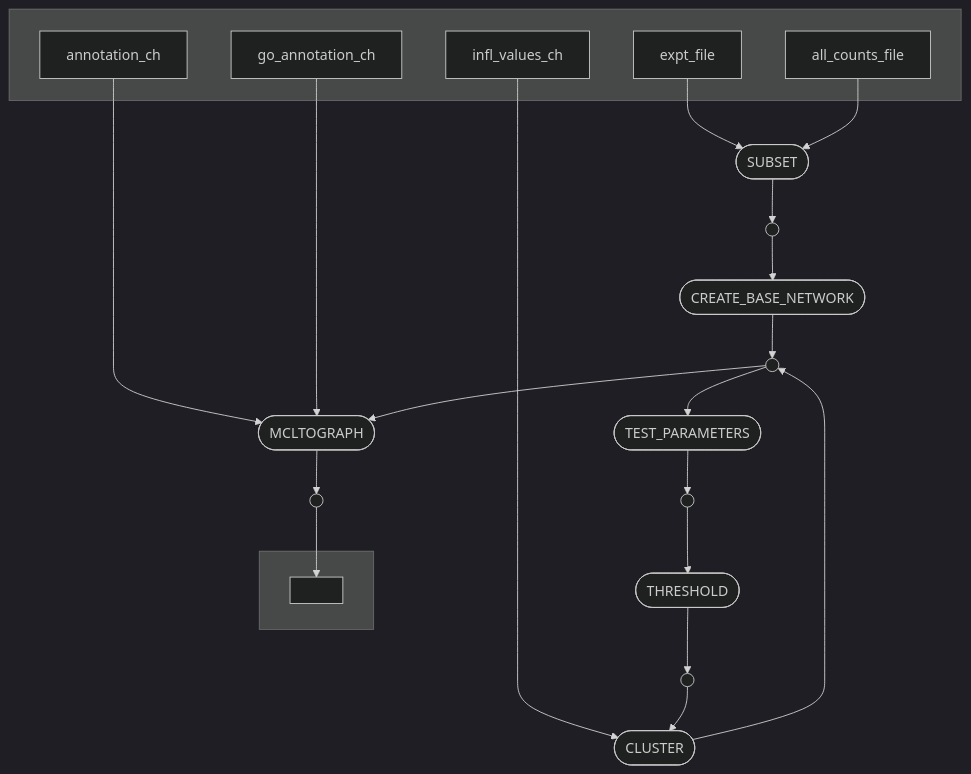
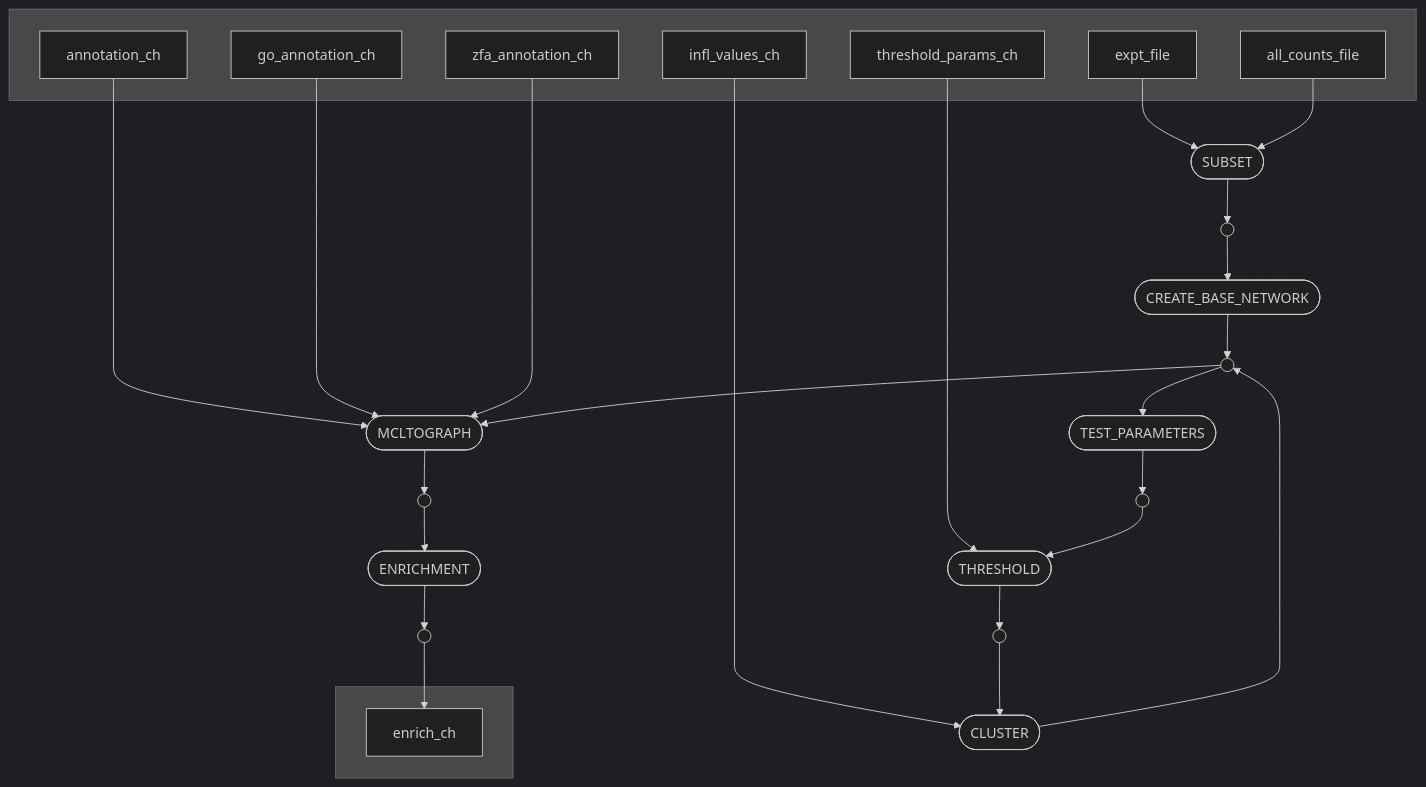
Before and after one commit to richysix/zmp-network: the diagram in scripts/README.md, drawn with Mermaid (dark theme). The commit also changed other lines of this file, not shown here.

Commit message:
Render README with DAG

````diff
--- a/scripts/README.md
+++ b/scripts/README.md
@@ -5,41 +5,49 @@
 ``` mermaid
 flowchart TB
     subgraph " "
     v0["expt_file"]
     v1["all_counts_file"]
-    v15["infl_values_ch"]
-    v21["annotation_ch"]
-    v22["go_annotation_ch"]
+    v12["threshold_params_ch"]
+    v16["infl_values_ch"]
+    v22["annotation_ch"]
+    v23["go_annotation_ch"]
+    v24["zfa_annotation_ch"]
     end
     v2([SUBSET])
     v5([CREATE_BASE_NETWORK])
     v9([TEST_PARAMETERS])
-    v12([THRESHOLD])
-    v16([CLUSTER])
-    v23([MCLTOGRAPH])
+    v13([THRESHOLD])
+    v17([CLUSTER])
+    v25([MCLTOGRAPH])
+    v28([ENRICHMENT])
     subgraph " "
-    v25[" "]
+    v30["enrich_ch"]
     end
     v3(( ))
     v6(( ))
     v10(( ))
-    v13(( ))
-    v24(( ))
+    v14(( ))
+    v26(( ))
+    v29(( ))
     v0 --> v2
     v1 --> v2
     v2 --> v3
     v3 --> v5
     v5 --> v6
     v6 --> v9
     v9 --> v10
-    v10 --> v12
     v12 --> v13
-    v15 --> v16
-    v13 --> v16
-    v16 --> v6
-    v21 --> v23
-    v22 --> v23
-    v6 --> v23
-    v23 --> v24
+    v10 --> v13
+    v13 --> v14
+    v16 --> v17
+    v14 --> v17
+    v17 --> v6
+    v22 --> v25
+    v23 --> v25
     v24 --> v25
+    v6 --> v25
+    v25 --> v26
+    v26 --> v28
+    v28 --> v29
+    v29 --> v30
 ```
````
